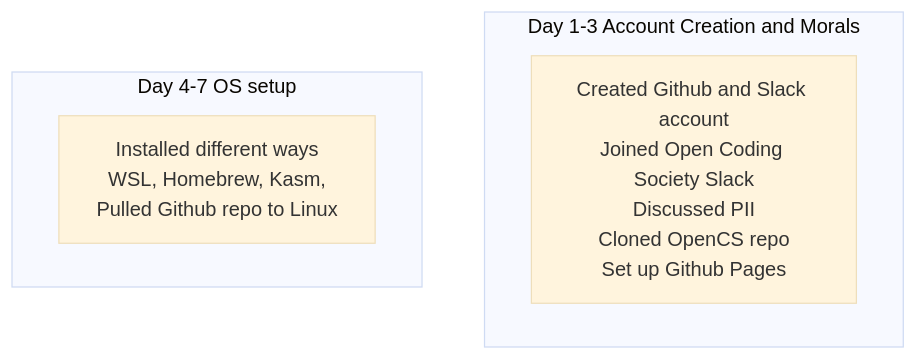
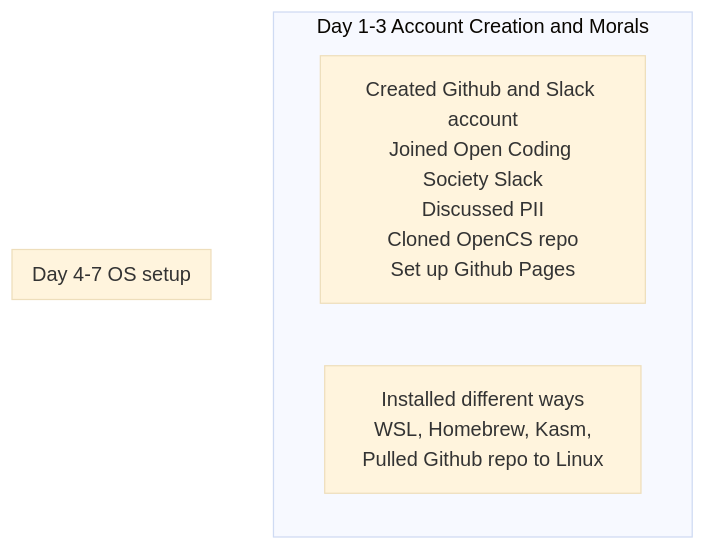
The second of 2 diagrams in _posts/Foundation/B-tools_and_equipment/2025-11-21-tools_quest.md (rsharma5128/student), drawn with Mermaid (base theme) before and after one commit. The commit also changed other lines of this file, not shown here.

````diff
--- a/_posts/Foundation/B-tools_and_equipment/2025-11-21-tools_quest.md
+++ b/_posts/Foundation/B-tools_and_equipment/2025-11-21-tools_quest.md
@@ -59,9 +59,9 @@
 ```mermaid
 flowchart TD
     subgraph Day_1[Day 1-3 Account Creation and Morals]
         A[Created Github and Slack account<br/>Joined Open Coding Society Slack<br/>Discussed PII<br/>Cloned OpenCS repo<br/>Set up Github Pages]:::dayuno
+        B[Installed different ways  <br/>WSL, Homebrew, Kasm, <br/>Pulled Github repo to Linux]:::daydos
 end 
     subgraph Day_2[Day 4-7 OS setup]
-        B[Installed different ways  <br/>WSL, Homebrew, Kasm, <br/>Pulled Github repo to Linux]:::daydos
 end
 ```
````
